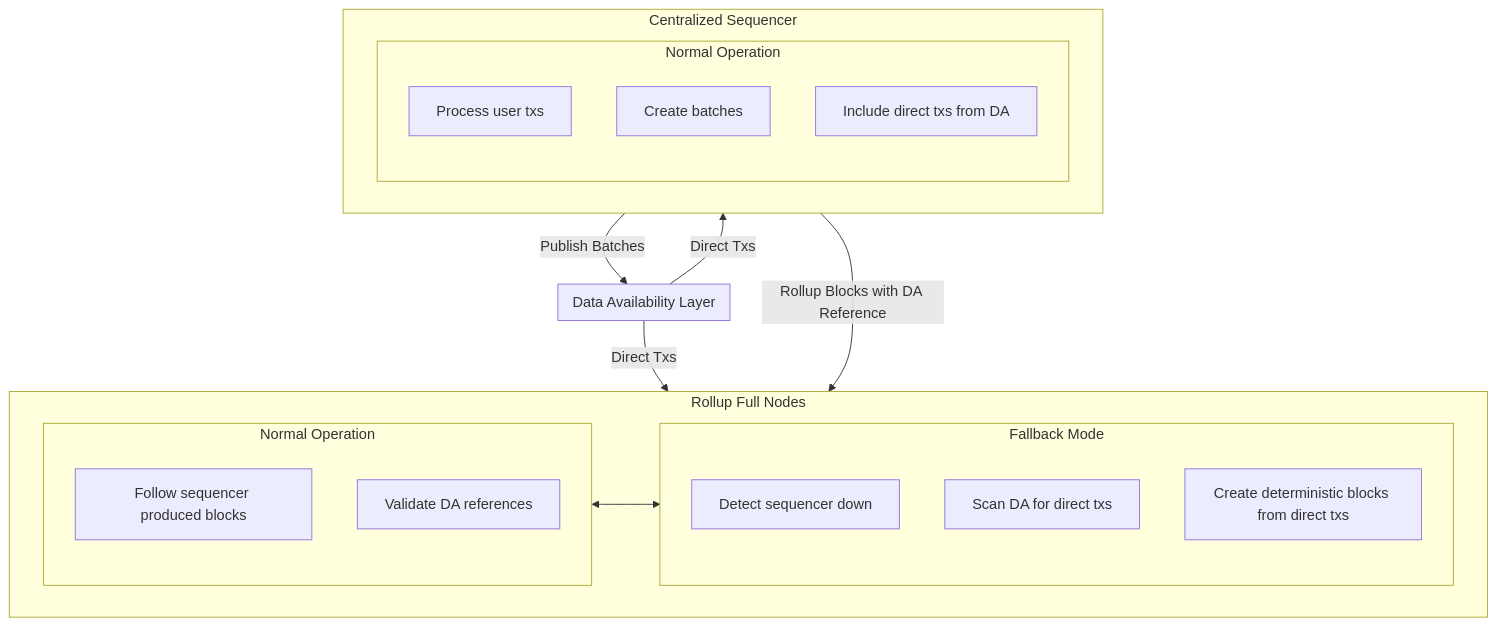
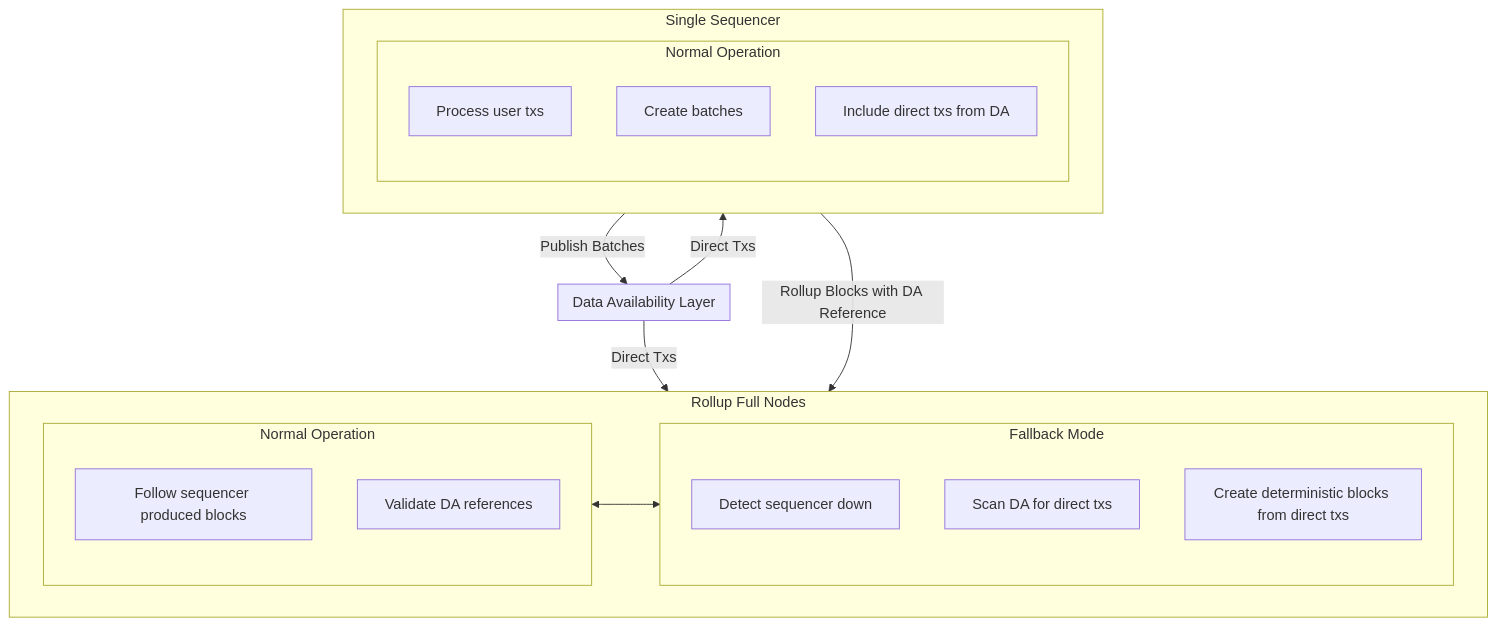
One commit to rollkit/rollkit changed the first of 2 diagrams in specs/lazy-adr/adr-018-forced-inclusion-mechanism.md. Above: the diagram before and after it, drawn with Mermaid.

````diff
--- a/specs/lazy-adr/adr-018-forced-inclusion-mechanism.md
+++ b/specs/lazy-adr/adr-018-forced-inclusion-mechanism.md
@@ -40,33 +40,33 @@
 ```mermaid
 flowchart TB
     subgraph DAL["Data Availability Layer"]
     end
 
-    subgraph SEQ["Centralized Sequencer"]
+    subgraph SEQ["Single Sequencer"]
         subgraph NO["Normal Operation"]
             direction TB
             process["Process user txs"]
             create["Create batches"]
             include["Include direct txs from DA"]
         end
     end
 
     subgraph FN["Rollup Full Nodes"]
         subgraph NormalOp["Normal Operation"]
             follow["Follow sequencer produced blocks"]
             validate["Validate DA references"]
         end
         
         subgraph FallbackMode["Fallback Mode"]
             detect["Detect sequencer down"]
             scan["Scan DA for direct txs"]
             createBlocks["Create deterministic blocks from direct txs"]
         end
     end
 
     SEQ -->|"Publish Batches"| DAL
     DAL -->|"Direct Txs"| SEQ
     DAL -->|"Direct Txs"| FN
     SEQ -->|"Rollup Blocks with DA Reference"| FN
     NormalOp <--> FallbackMode
 ```
````
